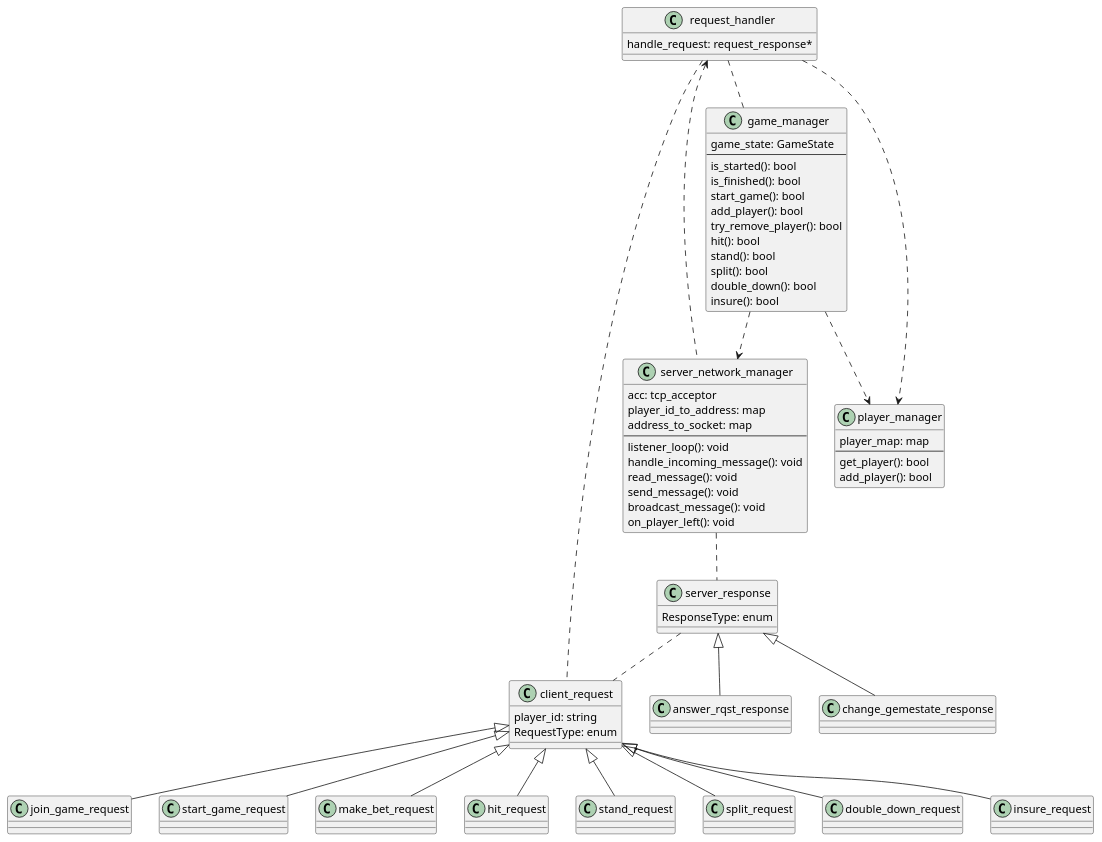
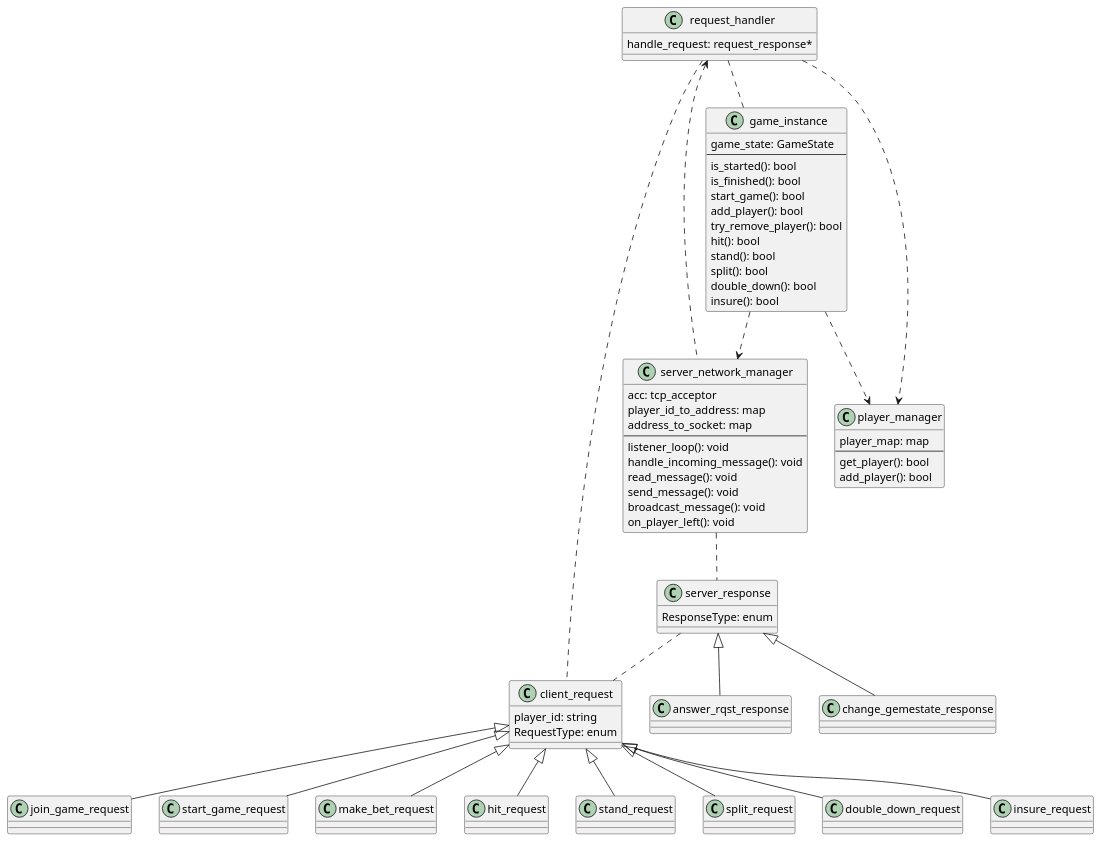
Before and after one commit to luca-commits/blackjack: the diagram in sds/plant_codes/cs_classdiag_alt_2.puml, drawn with PlantUML. The commit also changed other lines of this file and 7 other files, not shown here.

```diff
--- a/sds/plant_codes/cs_classdiag_alt_2.puml
+++ b/sds/plant_codes/cs_classdiag_alt_2.puml
@@ -2,92 +2,92 @@
 @startuml
 
 Class server_network_manager{
     acc: tcp_acceptor
     player_id_to_address: map
     address_to_socket: map
     --
     listener_loop(): void
     handle_incoming_message(): void
     read_message(): void
     send_message(): void
     broadcast_message(): void
     on_player_left(): void
 }
 
 Class player_manager{
     player_map: map
     --
     get_player(): bool
     add_player(): bool
 }
 
-Class game_manager{
+Class game_instance{
     game_state: GameState
     --
     is_started(): bool  
     is_finished(): bool
     start_game(): bool
     add_player(): bool
     try_remove_player(): bool
     hit(): bool
     stand(): bool
     split(): bool
     double_down(): bool
     insure(): bool
 }
 
 Class request_handler{
     handle_request: request_response*
 
 }
 
 
 
 'package STUUFFFF <<Folder>> {
 together {
 
 class client_request{
 player_id: string
 RequestType: enum
 }
 client_request <|-- join_game_request
 client_request <|-- start_game_request
 client_request <|-- make_bet_request
 client_request <|-- hit_request
 client_request <|-- stand_request
 client_request <|-- split_request
 client_request <|-- double_down_request
 client_request <|-- insure_request
 
 
 class server_response{
 ResponseType: enum
 }
 server_response <|-down-  answer_rqst_response
 server_response <|-down-  change_gemestate_response
 
 }
 server_response .. client_request
 
 
 
 ' [hidden]
 
 
 ' the following is exactly the same as in 
 ' the example client package
 ' ===============
 
 ' this is the same as in example server package but we combined
-' game_instance and game_instance_manager to game_manager
-request_handler .. game_manager
+' game_instance and game_instance_manager to game_instance
+request_handler .. game_instance
 request_handler ..> player_manager
 request_handler <.. server_network_manager
-game_manager ..> server_network_manager
-game_manager ..> player_manager
+game_instance ..> server_network_manager
+game_instance ..> player_manager
 
 request_handler .right. client_request
 server_network_manager .. server_response
 
 
 @enduml
```
